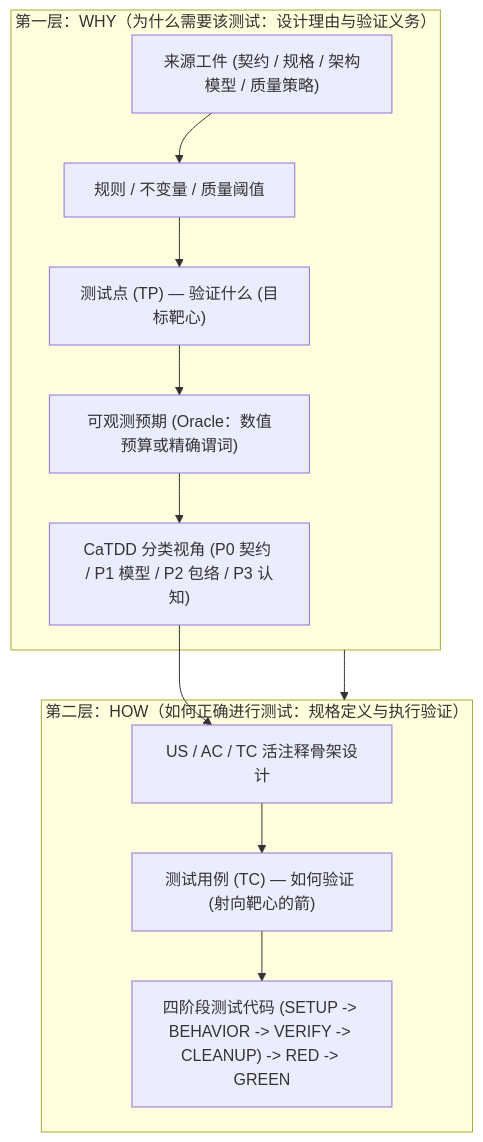
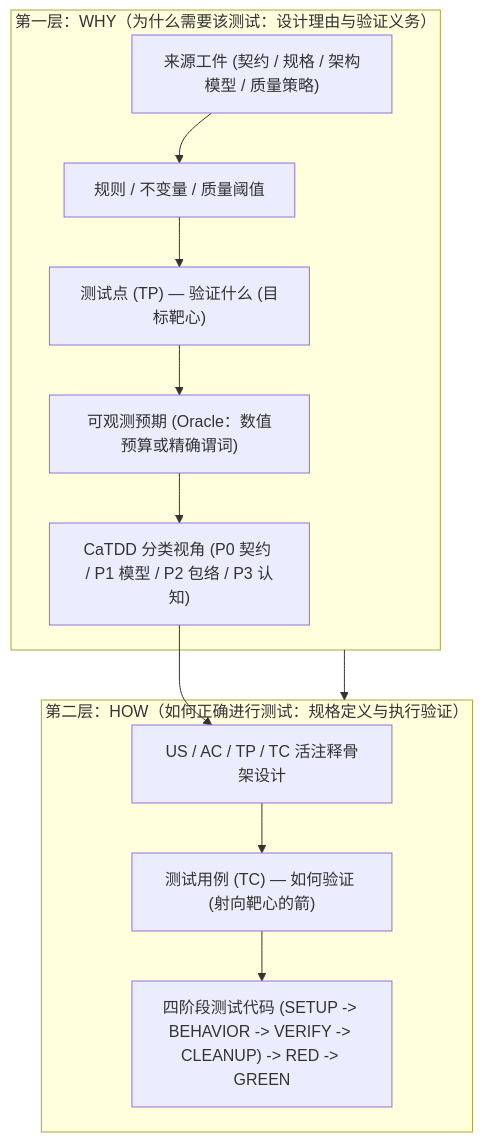
One commit to EnigmaWU/MyCaTDD changed the second of 3 diagrams in README_UbiLang_ZH.md. Above: the diagram before and after it, drawn with Mermaid. The commit also changed other lines of this file and 29 other files, not shown here.

````diff
--- a/README_UbiLang_ZH.md
+++ b/README_UbiLang_ZH.md
@@ -141,17 +142,17 @@
 ```mermaid
 flowchart TD
     subgraph WHY["第一层：WHY（为什么需要该测试：设计理由与验证义务）"]
         Source["来源工件 (契约 / 规格 / 架构模型 / 质量策略)"] --> Rule["规则 / 不变量 / 质量阈值"]
         Rule --> TP["测试点 (TP) — 验证什么 (目标靶心)"]
         TP --> Oracle["可观测预期 (Oracle：数值预算或精确谓词)"]
         Oracle --> Cat["CaTDD 分类视角 (P0 契约 / P1 模型 / P2 包络 / P3 认知)"]
     end
 
     subgraph HOW["第二层：HOW（如何正确进行测试：规格定义与执行验证）"]
-        Cat --> Spec["US / AC / TC 活注释骨架设计"]
+        Cat --> Spec["US / AC / TP / TC 活注释骨架设计"]
         Spec --> TC["测试用例 (TC) — 如何验证 (射向靶心的箭)"]
         TC --> RedGreen["四阶段测试代码 (SETUP -> BEHAVIOR -> VERIFY -> CLEANUP) -> RED -> GREEN"]
     end
 
     WHY --> HOW
 ```
````
